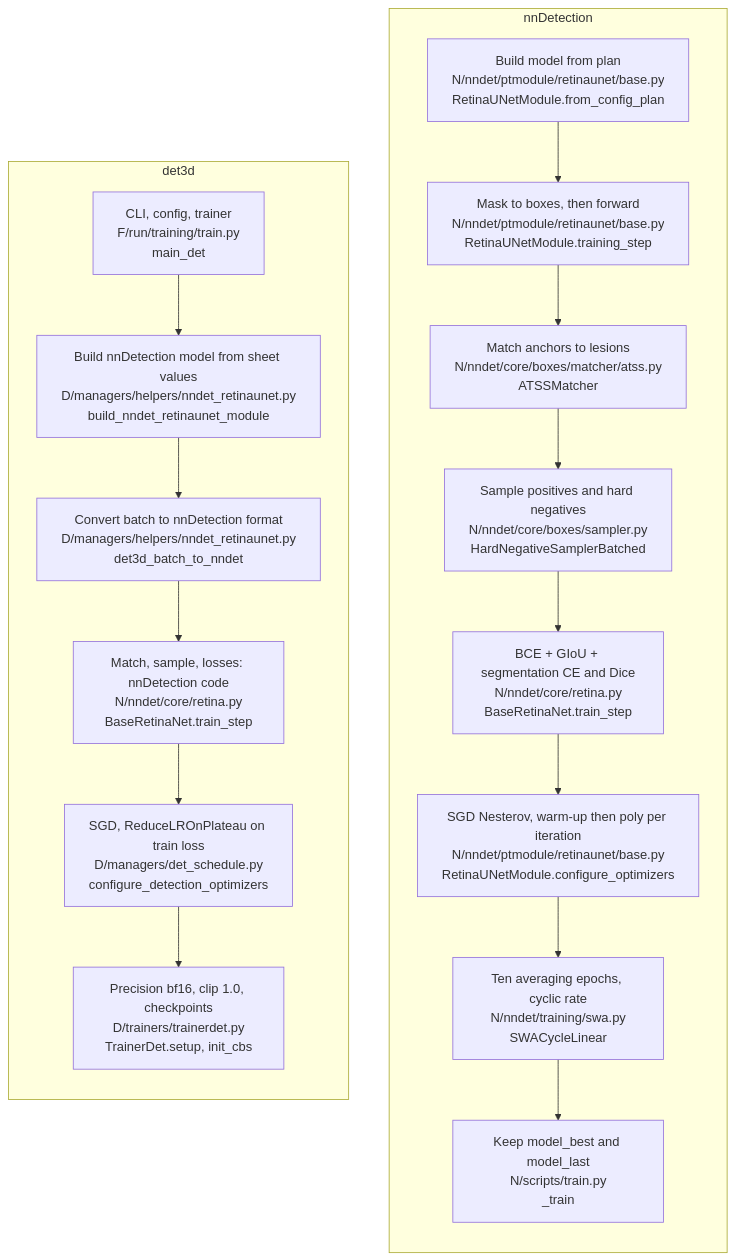
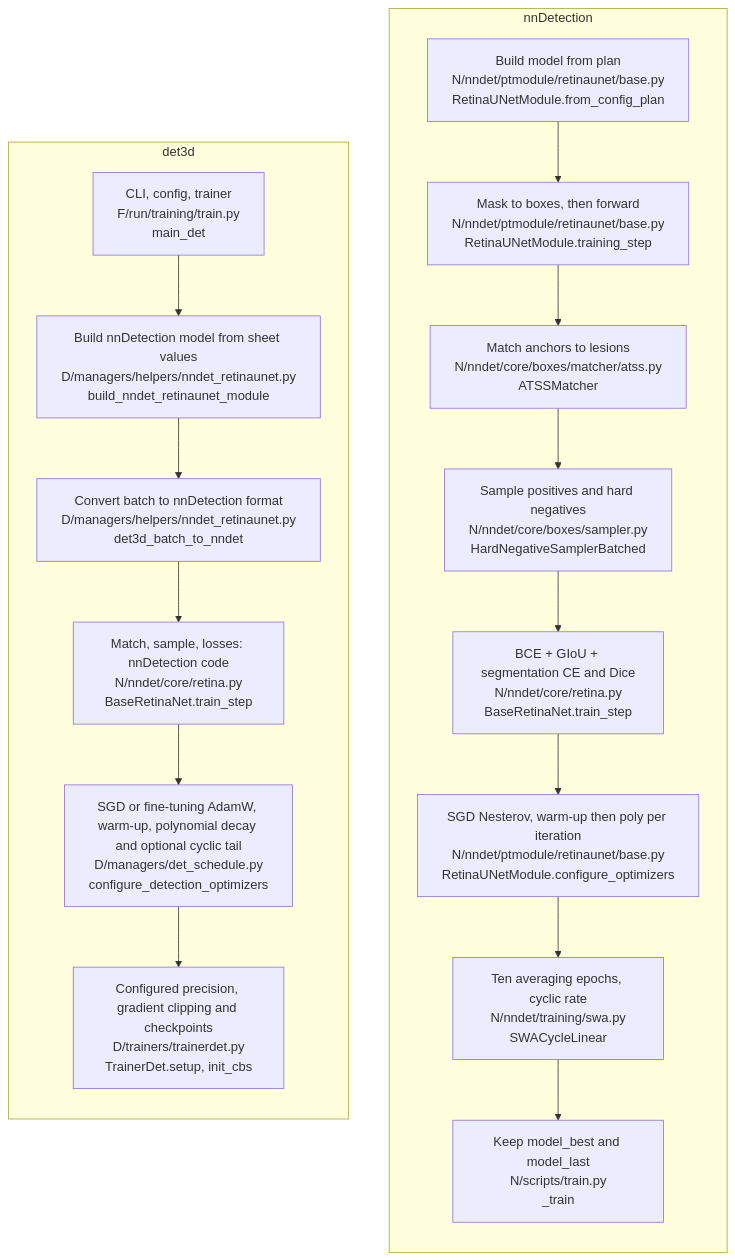
Before and after one commit to drusmanbashir/det3d: the diagram in docs/integration/5-training.md, drawn with Mermaid. The commit also changed other lines of this file and 14 other files, not shown here.

````diff
--- a/docs/integration/5-training.md
+++ b/docs/integration/5-training.md
@@ -9,25 +9,25 @@
 ```mermaid
 flowchart TB
   subgraph NN["nnDetection"]
     direction TB
     n1["Build model from plan<br/>N/nndet/ptmodule/retinaunet/base.py<br/>RetinaUNetModule.from_config_plan"]
     n2["Mask to boxes, then forward<br/>N/nndet/ptmodule/retinaunet/base.py<br/>RetinaUNetModule.training_step"]
     n3["Match anchors to lesions<br/>N/nndet/core/boxes/matcher/atss.py<br/>ATSSMatcher"]
     n4["Sample positives and hard negatives<br/>N/nndet/core/boxes/sampler.py<br/>HardNegativeSamplerBatched"]
     n5["BCE + GIoU + segmentation CE and Dice<br/>N/nndet/core/retina.py<br/>BaseRetinaNet.train_step"]
     n6["SGD Nesterov, warm-up then poly per iteration<br/>N/nndet/ptmodule/retinaunet/base.py<br/>RetinaUNetModule.configure_optimizers"]
     n7["Ten averaging epochs, cyclic rate<br/>N/nndet/training/swa.py<br/>SWACycleLinear"]
     n8["Keep model_best and model_last<br/>N/scripts/train.py<br/>_train"]
     n1 --> n2 --> n3 --> n4 --> n5 --> n6 --> n7 --> n8
   end
   subgraph DT["det3d"]
     direction TB
     d1["CLI, config, trainer<br/>F/run/training/train.py<br/>main_det"]
     d2["Build nnDetection model from sheet values<br/>D/managers/helpers/nndet_retinaunet.py<br/>build_nndet_retinaunet_module"]
     d3["Convert batch to nnDetection format<br/>D/managers/helpers/nndet_retinaunet.py<br/>det3d_batch_to_nndet"]
     d4["Match, sample, losses: nnDetection code<br/>N/nndet/core/retina.py<br/>BaseRetinaNet.train_step"]
-    d5["SGD, ReduceLROnPlateau on train loss<br/>D/managers/det_schedule.py<br/>configure_detection_optimizers"]
-    d6["Precision bf16, clip 1.0, checkpoints<br/>D/trainers/trainerdet.py<br/>TrainerDet.setup, init_cbs"]
+    d5["SGD or fine-tuning AdamW, warm-up, polynomial decay and optional cyclic tail<br/>D/managers/det_schedule.py<br/>configure_detection_optimizers"]
+    d6["Configured precision, gradient clipping and checkpoints<br/>D/trainers/trainerdet.py<br/>TrainerDet.setup, init_cbs"]
     d1 --> d2 --> d3 --> d4 --> d5 --> d6
   end
 ```
````
